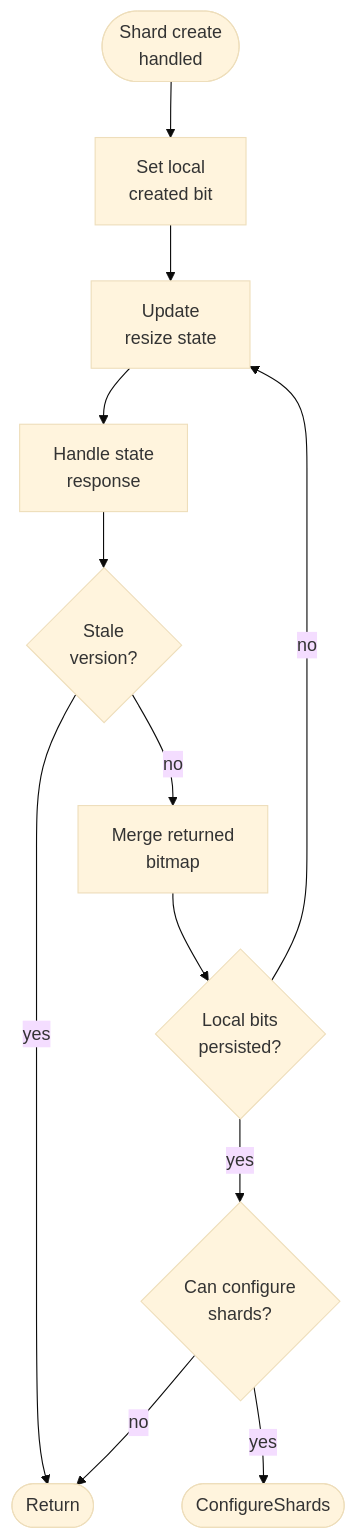
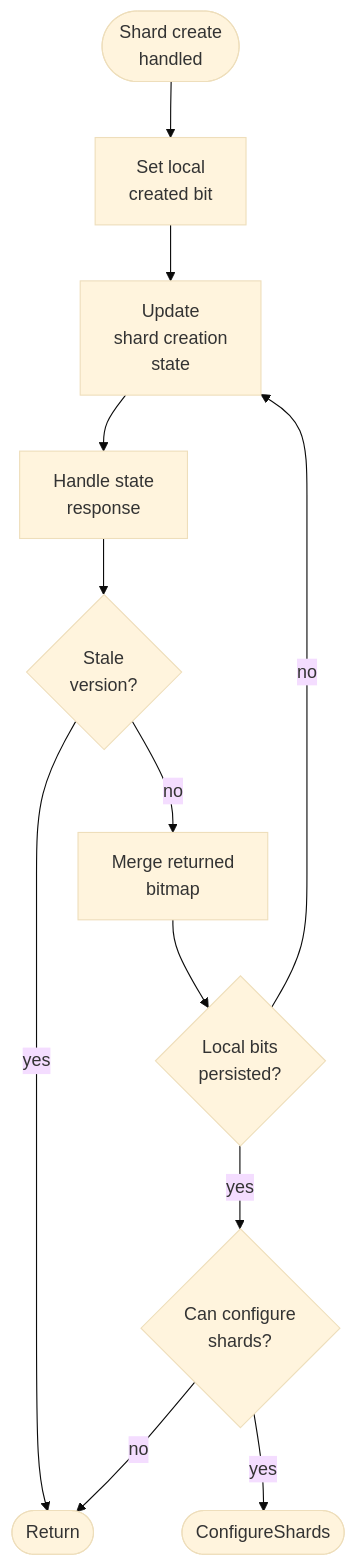
One commit to ydb-platform/nbs changed the fourth of 4 diagrams in doc/filestore/design/resize_flow.md. Above: the diagram before and after it, drawn with Mermaid (base theme). The commit also changed other lines of this file and 9 other files, not shown here.

Commit message:
[Filestore] use ShardCreationState name instead of ResizeState

````diff
--- a/doc/filestore/design/resize_flow.md
+++ b/doc/filestore/design/resize_flow.md
@@ -180,14 +182,14 @@
 ```mermaid
 flowchart TD
     Start([Shard create<br/>handled]) --> SetCreatedBit["Set local<br/>created bit"]
-    SetCreatedBit --> UpdateState["Update<br/>resize state"]
+    SetCreatedBit --> UpdateState["Update<br/>shard creation<br/>state"]
     UpdateState --> StateResp["Handle state<br/>response"]
     StateResp --> StaleState{Stale<br/>version?}
     StaleState -->|yes| Done([Return])
     StaleState -->|no| MergeState["Merge returned<br/>bitmap"]
     MergeState --> BitsPersisted{Local bits<br/>persisted?}
     BitsPersisted -->|no| UpdateState
     BitsPersisted -->|yes| CanConfigure{Can configure<br/>shards?}
     CanConfigure -->|yes| Configure([ConfigureShards])
     CanConfigure -->|no| Done
 ```
````
